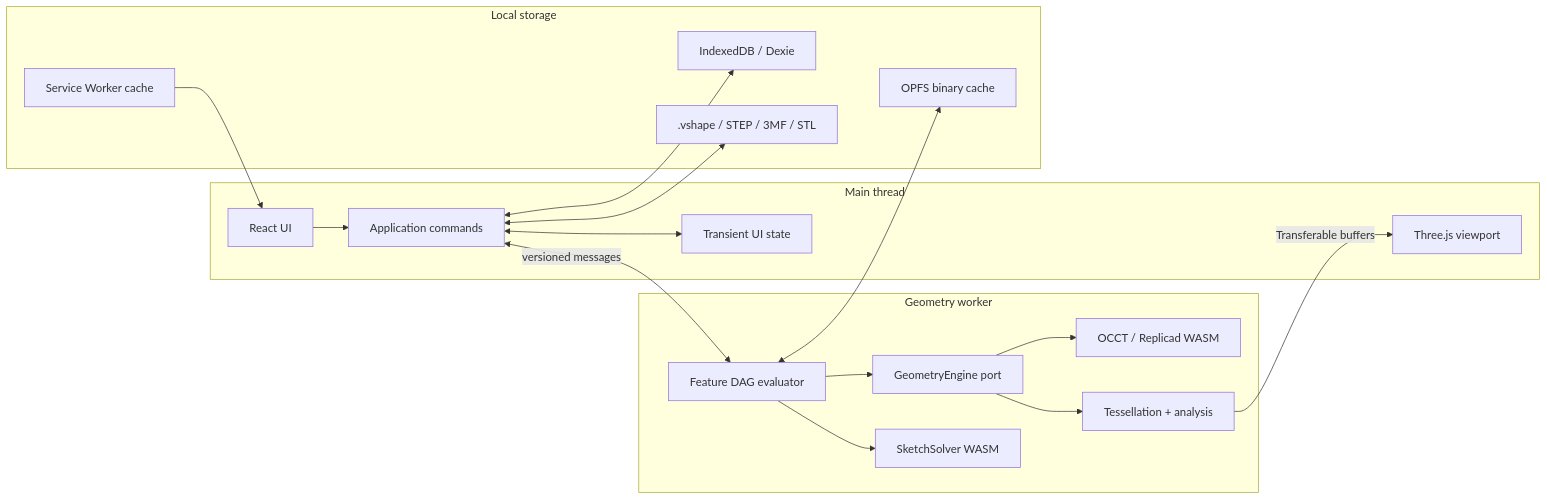
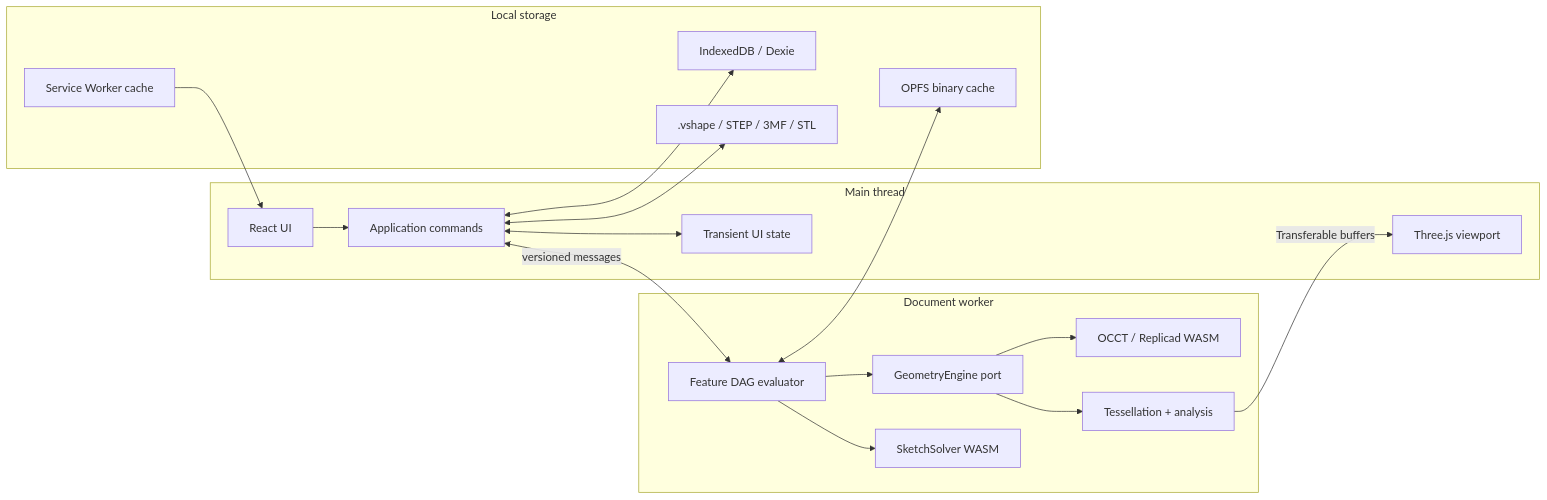
Before and after one commit to kolengri/VibeShape: the first of 2 diagrams in docs/architecture/overview.md, drawn with Mermaid. The commit also changed other lines of this file and 23 other files, not shown here.

Commit message:
feat(document-worker): host document rebuilds (#35)

````diff
--- a/docs/architecture/overview.md
+++ b/docs/architecture/overview.md
@@ -7,37 +7,37 @@
 ```mermaid
 flowchart LR
     subgraph Main["Main thread"]
         UI["React UI"]
         APP["Application commands"]
         VIEW["Three.js viewport"]
         UISTATE["Transient UI state"]
     end
 
-    subgraph Worker["Geometry worker"]
+    subgraph Worker["Document worker"]
         ENGINE["GeometryEngine port"]
         REBUILD["Feature DAG evaluator"]
         SOLVER["SketchSolver WASM"]
         OCCT["OCCT / Replicad WASM"]
         ANALYSIS["Tessellation + analysis"]
     end
 
     subgraph Local["Local storage"]
         IDB["IndexedDB / Dexie"]
         OPFS["OPFS binary cache"]
         FILE[".vshape / STEP / 3MF / STL"]
         CACHE["Service Worker cache"]
     end
 
     UI --> APP
     APP <--> UISTATE
     APP <-->|"versioned messages"| REBUILD
     REBUILD --> ENGINE
     REBUILD --> SOLVER
     ENGINE --> OCCT
     ENGINE --> ANALYSIS
     ANALYSIS -->|"Transferable buffers"| VIEW
     APP <--> IDB
     REBUILD <--> OPFS
     APP <--> FILE
     CACHE --> UI
 ```
````
